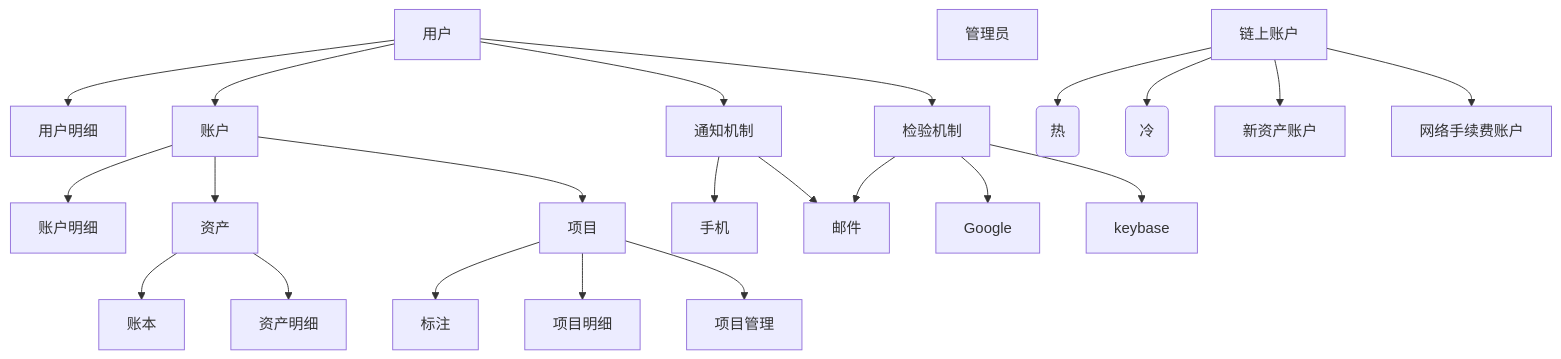
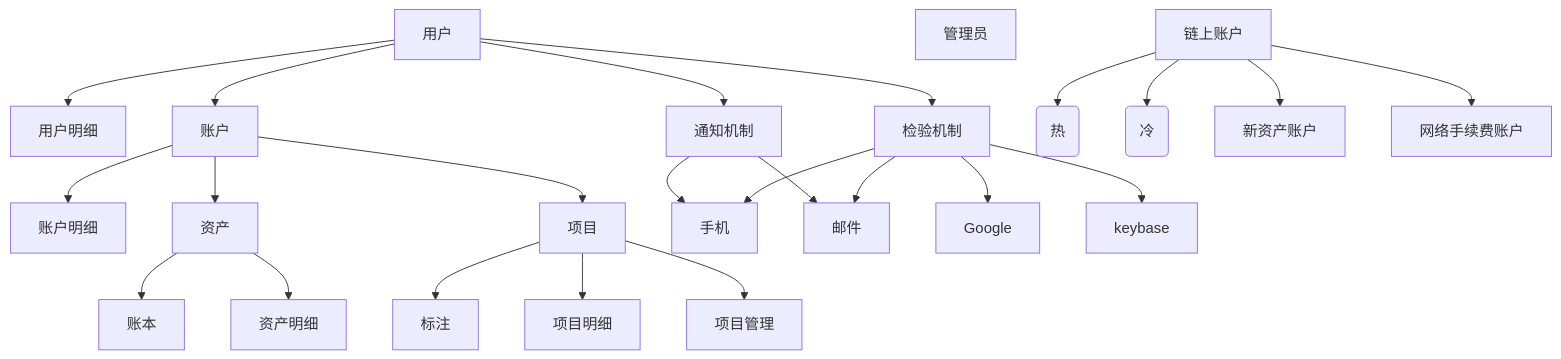
The first of 14 diagrams in Readme.md (neomaclin/designdoc), drawn with Mermaid before and after one commit.

Commit message:
添加手机检验机制

````diff
--- a/Readme.md
+++ b/Readme.md
@@ -5,26 +5,27 @@
 ```mermaid
 graph TB
 
 用户 --> 用户明细
 用户 --> 账户
 用户 --> 检验机制
 用户 --> 通知机制
 账户 --> 账户明细
 账户 --> 资产
 资产 --> 账本
 资产 --> 资产明细
 项目 --> 标注
 账户 --> 项目
 项目 --> 项目明细
 项目 --> 项目管理
 管理员
 通知机制 --> 手机
 通知机制 --> 邮件
 检验机制 --> 邮件
+检验机制 --> 手机
 检验机制 --> Google
 检验机制 --> keybase
 链上账户 --> 在线账户(热)
 链上账户 --> 离线账户(冷)
 链上账户 --> 新资产账户
 链上账户 --> 网络手续费账户
 ```
````
